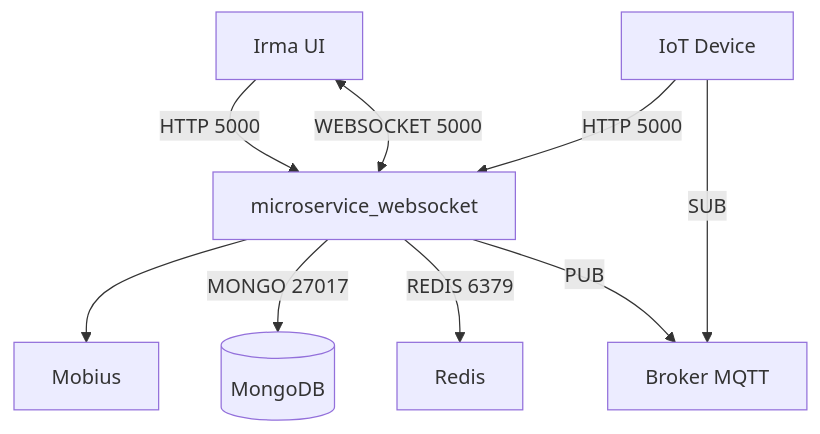
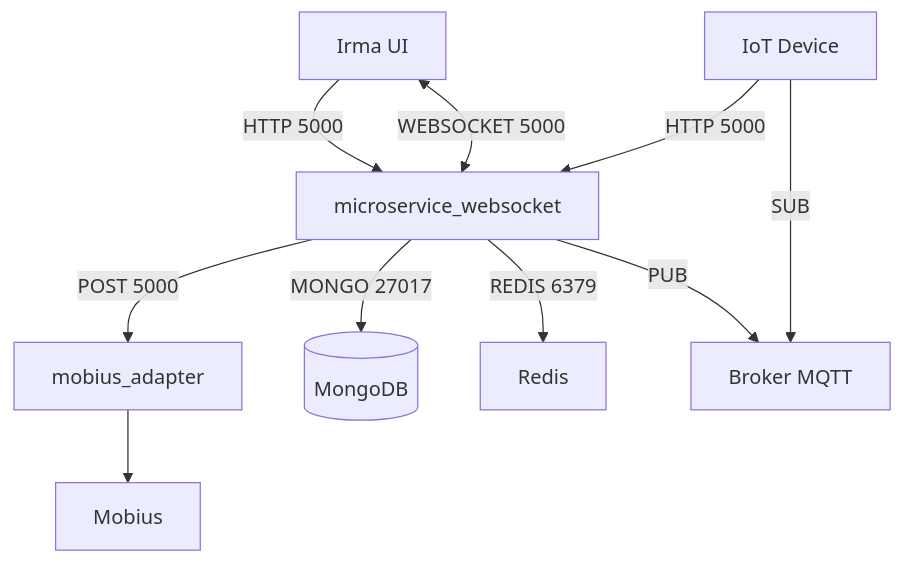
Before and after one commit to monemasrl/irma: the diagram in graphs/scada_structure.mmd, drawn with Mermaid. The commit also changed 4 other files, not shown here.

Commit message:
Update graphs

```diff
--- a/graphs/scada_structure.mmd
+++ b/graphs/scada_structure.mmd
@@ -1,20 +1,22 @@
 flowchart TD;
 
 msw[microservice_websocket]
 mobius[Mobius]
+ma[mobius_adapter]
 irma-ui[Irma UI]
 mqtt[Broker MQTT]
 redis[Redis]
 mongo[(MongoDB)]
 
 iot[IoT Device]
 
-msw --> mobius
+msw -- POST 5000 --> ma
+ma --> mobius
 msw -- MONGO 27017 --> mongo
 irma-ui -- HTTP 5000 --> msw
 iot -- HTTP 5000 --> msw
 irma-ui <-- WEBSOCKET 5000 --> msw
 msw -- REDIS 6379 --> redis
 
 msw -- PUB --> mqtt
 iot -- SUB --> mqtt
```
